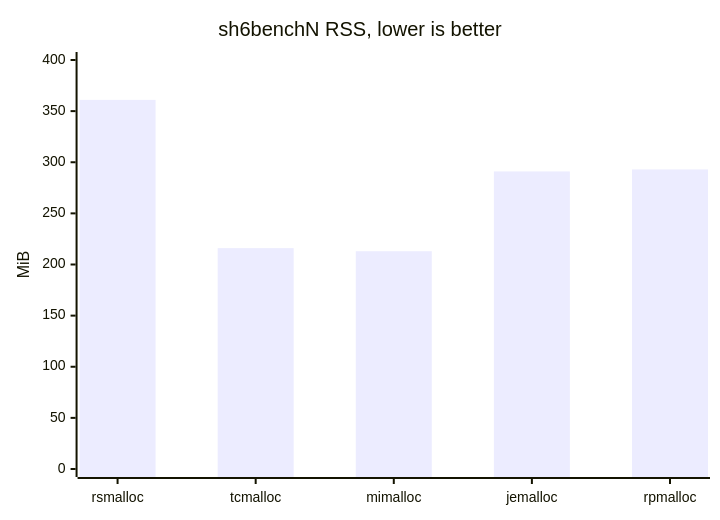
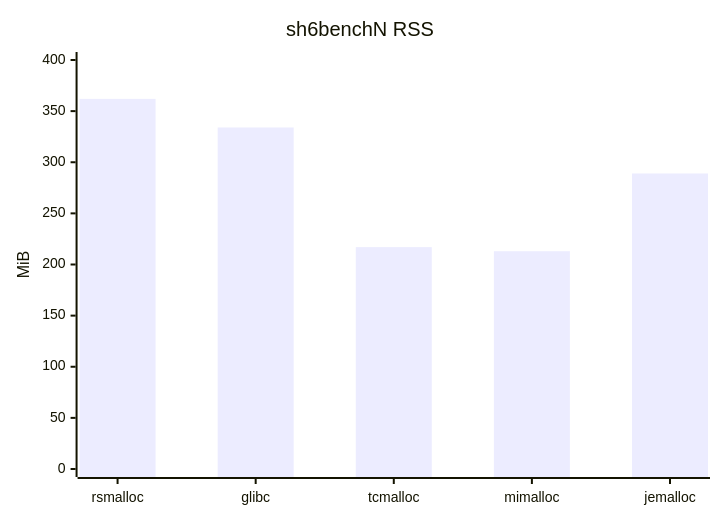
The sixth of 8 diagrams in benchmarks/benchmarks.md (Metehan120/rsmalloc), drawn with Mermaid before and after one commit. The commit also changed other lines of this file and 13 other files, not shown here.

````diff
--- a/benchmarks/benchmarks.md
+++ b/benchmarks/benchmarks.md
@@ -150,7 +126,7 @@
 ```mermaid
 xychart-beta
-    title "sh6benchN RSS, lower is better"
-    x-axis [rsmalloc, tcmalloc, mimalloc, jemalloc, rpmalloc]
+    title "sh6benchN RSS"
+    x-axis [rsmalloc, glibc, tcmalloc, mimalloc, jemalloc]
     y-axis "MiB" 0 --> 400
-    bar [361, 216, 213, 291, 293]
+    bar [362, 334, 217, 213, 289]
 ```
````
